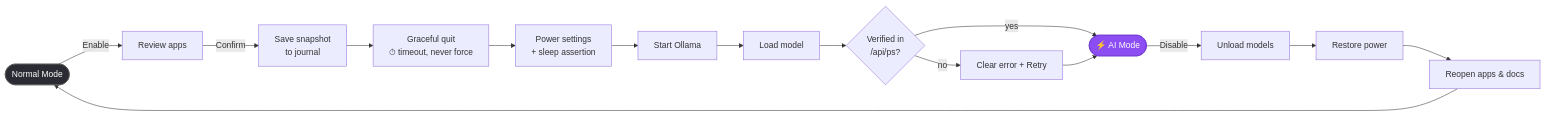
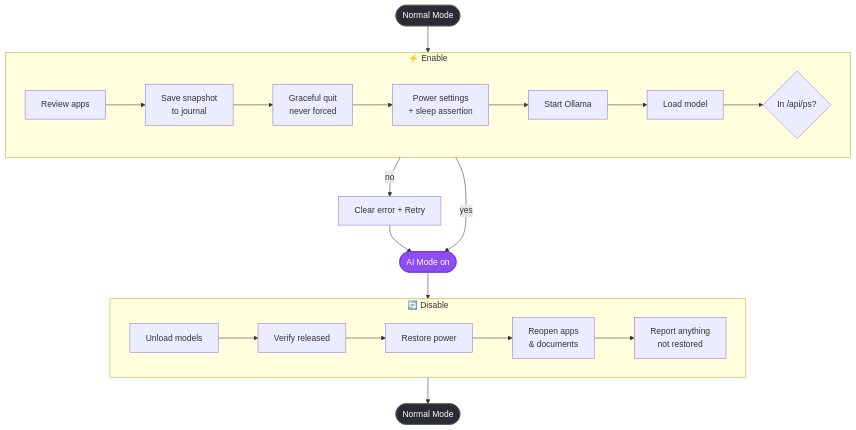
Before and after one commit to pipelinear/local-ai-mode: the diagram in README.md, drawn with Mermaid.

Commit message:
README: two-row flow diagram for readability

````diff
--- a/README.md
+++ b/README.md
@@ -73,19 +73,20 @@
 ```mermaid
-flowchart LR
-    A([Normal Mode]) -->|Enable| B[Review apps]
-    B -->|Confirm| C[Save snapshot<br/>to journal]
-    C --> D[Graceful quit<br/>⏱ timeout, never force]
-    D --> E[Power settings<br/>+ sleep assertion]
-    E --> F[Start Ollama]
-    F --> G[Load model]
-    G --> H{Verified in<br/>/api/ps?}
-    H -->|yes| I([⚡ AI Mode])
+flowchart TB
+    subgraph ON["⚡ Enable"]
+        direction LR
+        B[Review apps] --> C[Save snapshot<br/>to journal] --> D[Graceful quit<br/>never forced] --> E[Power settings<br/>+ sleep assertion] --> F[Start Ollama] --> G[Load model] --> H{In /api/ps?}
+    end
+    subgraph OFF["🔄 Disable"]
+        direction LR
+        J[Unload models] --> V[Verify released] --> K[Restore power] --> L[Reopen apps<br/>& documents] --> R[Report anything<br/>not restored]
+    end
+    A([Normal Mode]) --> B
+    H -->|yes| I([AI Mode on])
     H -->|no| X[Clear error + Retry] --> I
-    I -->|Disable| J[Unload models]
-    J --> K[Restore power]
-    K --> L[Reopen apps & docs]
-    L --> A
+    I --> J
+    R --> A2([Normal Mode])
 
     style I fill:#8c4df2,color:#fff,stroke:#6a2fd0
     style A fill:#2b2b33,color:#fff,stroke:#555
+    style A2 fill:#2b2b33,color:#fff,stroke:#555
 ```
````
